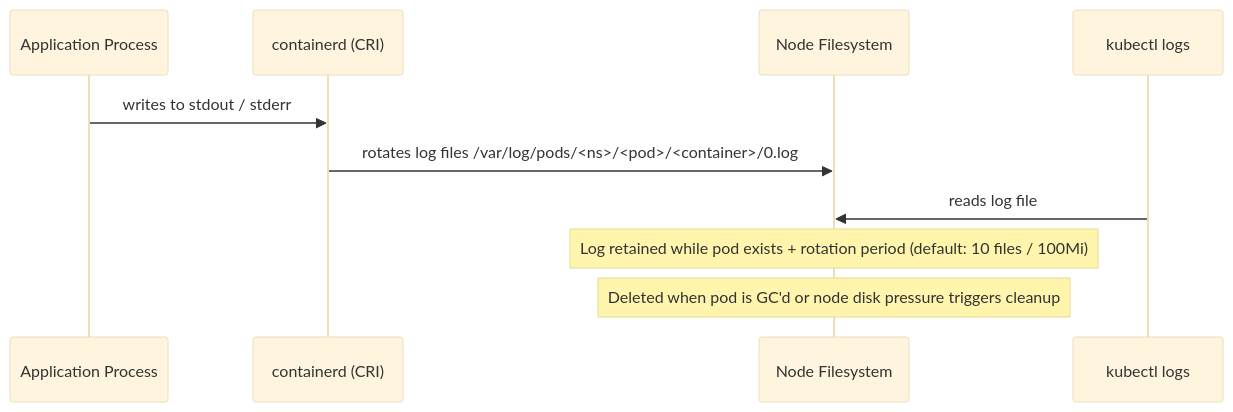
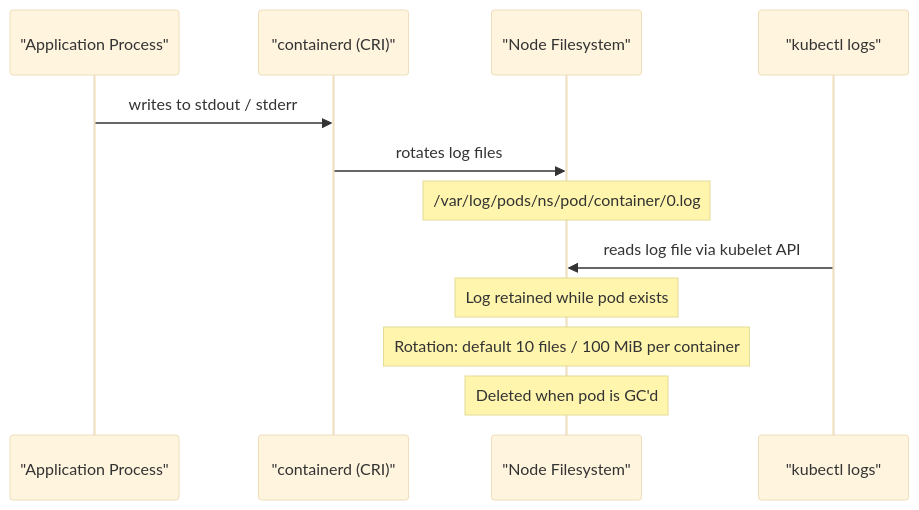
One commit to UncleJS/course_k3s changed the third of 3 diagrams in 15_troubleshooting/01_logs_and_events.md. Above: the diagram before and after it, drawn with Mermaid (base theme). The commit also changed other lines of this file and 45 other files, not shown here.

First line of the commit message:
Expand all course lessons: Mermaid diagrams + rich prose across 43 files

````diff
--- a/15_troubleshooting/01_logs_and_events.md
+++ b/15_troubleshooting/01_logs_and_events.md
@@ -97,13 +307,15 @@
 ```mermaid
 sequenceDiagram
-    participant App as Application Process
-    participant CRI as containerd (CRI)
-    participant Node as Node Filesystem
-    participant K8s as kubectl logs
+    participant App as "Application Process"
+    participant CRI as "containerd (CRI)"
+    participant Node as "Node Filesystem"
+    participant K8s as "kubectl logs"
 
     App->>CRI: writes to stdout / stderr
-    CRI->>Node: rotates log files /var/log/pods/<ns>/<pod>/<container>/0.log
-    K8s->>Node: reads log file
-    Note over Node: Log retained while pod exists + rotation period (default: 10 files / 100Mi)
-    Note over Node: Deleted when pod is GC'd or node disk pressure triggers cleanup
+    CRI->>Node: rotates log files
+    Note over Node: /var/log/pods/ns/pod/container/0.log
+    K8s->>Node: reads log file via kubelet API
+    Note over Node: Log retained while pod exists
+    Note over Node: Rotation: default 10 files / 100 MiB per container
+    Note over Node: Deleted when pod is GC'd
 ```
````
